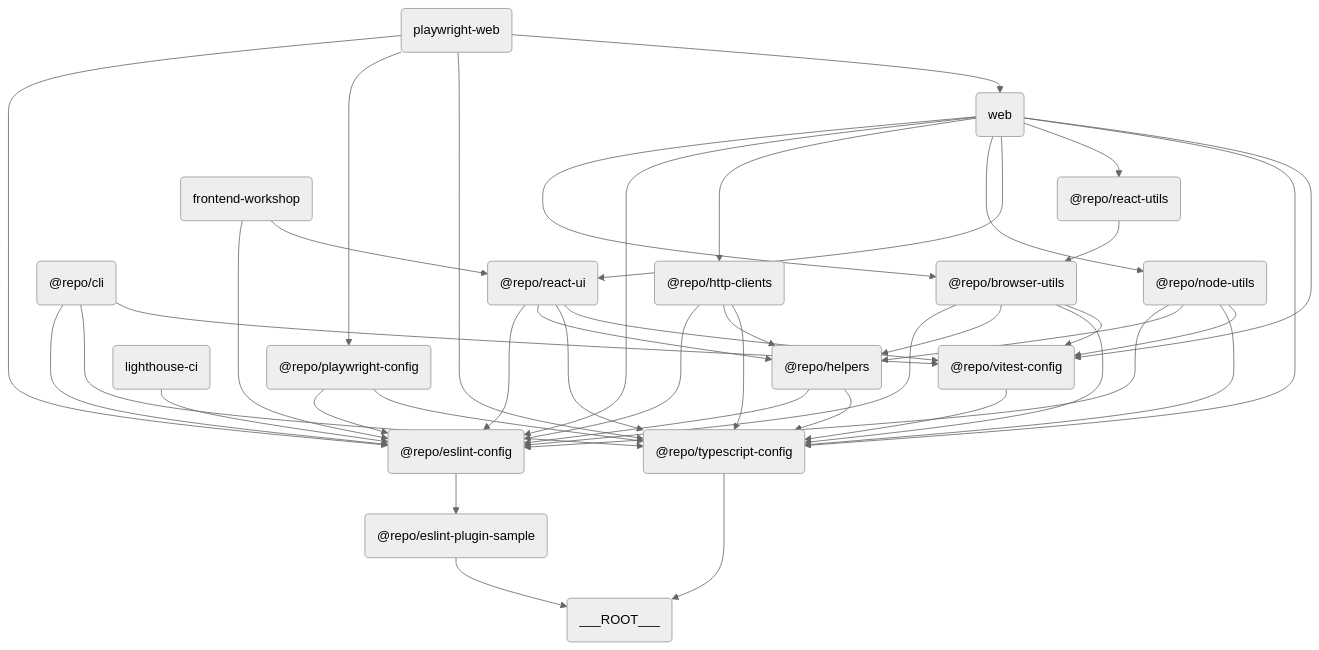
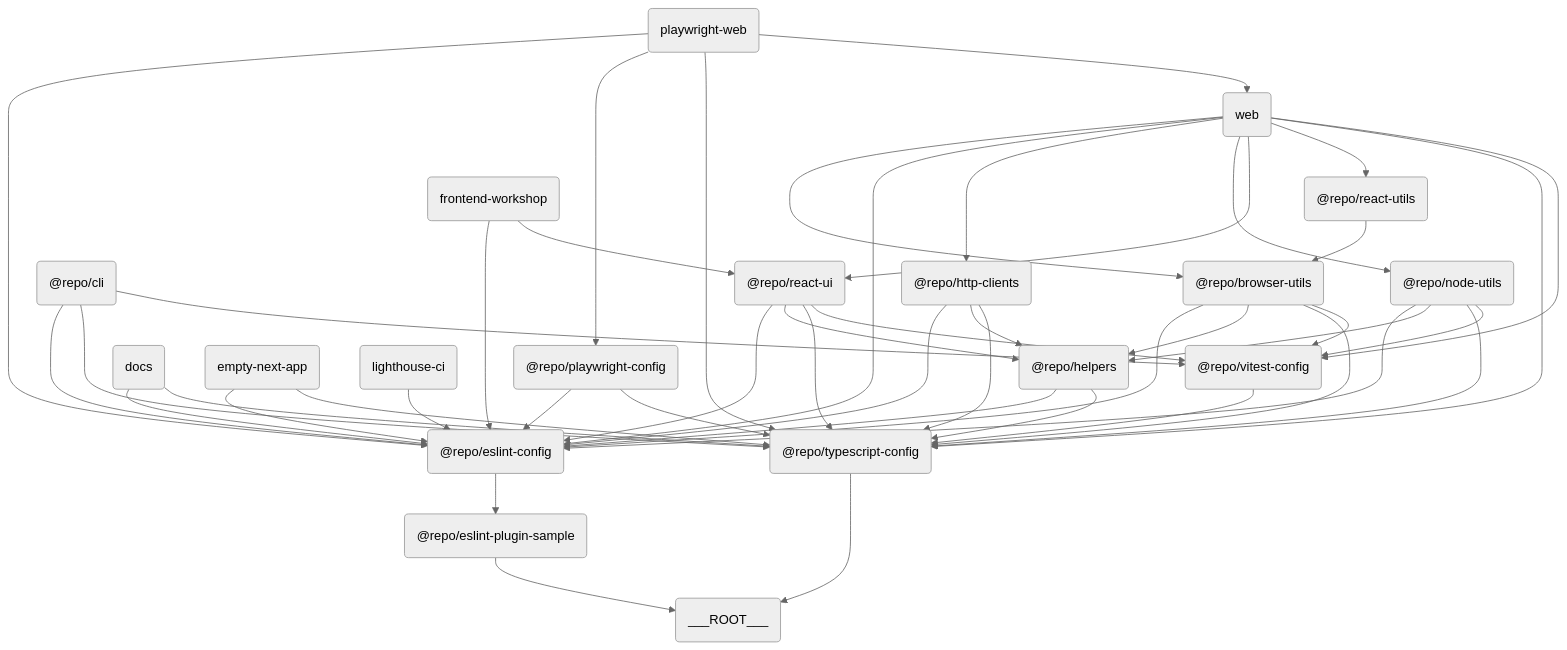
Before and after one commit to iamhoonse-dev/turborepo-template: the diagram in README.md, drawn with Mermaid (neutral theme). The commit also changed other lines of this file, not shown here.

Commit message:
docs(readme): 프로젝트 루트 README 에 신규 추가된 docs 앱에 관한 내용 추가

````diff
--- a/README.md
+++ b/README.md
@@ -14,45 +14,49 @@
 ```mermaid
 graph TD
     QHZT("@repo/browser-utils") --> ETTT("@repo/eslint-config")
     QHZT("@repo/browser-utils") --> JEGP("@repo/helpers")
     QHZT("@repo/browser-utils") --> EMLE("@repo/typescript-config")
     QHZT("@repo/browser-utils") --> LRHC("@repo/vitest-config")
     GLAO("@repo/cli") --> ETTT("@repo/eslint-config")
     GLAO("@repo/cli") --> EMLE("@repo/typescript-config")
     GLAO("@repo/cli") --> LRHC("@repo/vitest-config")
     ETTT("@repo/eslint-config") --> VELR("@repo/eslint-plugin-sample")
     VELR("@repo/eslint-plugin-sample") --> TXWC("___ROOT___")
     JEGP("@repo/helpers") --> ETTT("@repo/eslint-config")
     JEGP("@repo/helpers") --> EMLE("@repo/typescript-config")
     WCIN("@repo/http-clients") --> ETTT("@repo/eslint-config")
     WCIN("@repo/http-clients") --> JEGP("@repo/helpers")
     WCIN("@repo/http-clients") --> EMLE("@repo/typescript-config")
     TPBW("@repo/node-utils") --> ETTT("@repo/eslint-config")
     TPBW("@repo/node-utils") --> JEGP("@repo/helpers")
     TPBW("@repo/node-utils") --> EMLE("@repo/typescript-config")
     TPBW("@repo/node-utils") --> LRHC("@repo/vitest-config")
     BHWE("@repo/playwright-config") --> ETTT("@repo/eslint-config")
     BHWE("@repo/playwright-config") --> EMLE("@repo/typescript-config")
     MKNG("@repo/react-ui") --> ETTT("@repo/eslint-config")
     MKNG("@repo/react-ui") --> JEGP("@repo/helpers")
     MKNG("@repo/react-ui") --> EMLE("@repo/typescript-config")
     MKNG("@repo/react-ui") --> LRHC("@repo/vitest-config")
     IRKD("@repo/react-utils") --> QHZT("@repo/browser-utils")
     EMLE("@repo/typescript-config") --> TXWC("___ROOT___")
     LRHC("@repo/vitest-config") --> EMLE("@repo/typescript-config")
-    UWBQ("frontend-workshop") --> ETTT("@repo/eslint-config")
-    UWBQ("frontend-workshop") --> MKNG("@repo/react-ui")
-    FBWM("lighthouse-ci") --> ETTT("@repo/eslint-config")
-    NRTE("playwright-web") --> ETTT("@repo/eslint-config")
-    NRTE("playwright-web") --> BHWE("@repo/playwright-config")
-    NRTE("playwright-web") --> EMLE("@repo/typescript-config")
-    NRTE("playwright-web") --> GVMR("web")
-    GVMR("web") --> QHZT("@repo/browser-utils")
-    GVMR("web") --> ETTT("@repo/eslint-config")
-    GVMR("web") --> WCIN("@repo/http-clients")
-    GVMR("web") --> TPBW("@repo/node-utils")
-    GVMR("web") --> MKNG("@repo/react-ui")
-    GVMR("web") --> IRKD("@repo/react-utils")
-    GVMR("web") --> EMLE("@repo/typescript-config")
-    GVMR("web") --> LRHC("@repo/vitest-config")
+    UWBQ("docs") --> ETTT("@repo/eslint-config")
+    UWBQ("docs") --> EMLE("@repo/typescript-config")
+    FBWM("empty-next-app") --> ETTT("@repo/eslint-config")
+    FBWM("empty-next-app") --> EMLE("@repo/typescript-config")
+    NRTE("frontend-workshop") --> ETTT("@repo/eslint-config")
+    NRTE("frontend-workshop") --> MKNG("@repo/react-ui")
+    GVMR("lighthouse-ci") --> ETTT("@repo/eslint-config")
+    ITTZ("playwright-web") --> ETTT("@repo/eslint-config")
+    ITTZ("playwright-web") --> BHWE("@repo/playwright-config")
+    ITTZ("playwright-web") --> EMLE("@repo/typescript-config")
+    ITTZ("playwright-web") --> VXGS("web")
+    VXGS("web") --> QHZT("@repo/browser-utils")
+    VXGS("web") --> ETTT("@repo/eslint-config")
+    VXGS("web") --> WCIN("@repo/http-clients")
+    VXGS("web") --> TPBW("@repo/node-utils")
+    VXGS("web") --> MKNG("@repo/react-ui")
+    VXGS("web") --> IRKD("@repo/react-utils")
+    VXGS("web") --> EMLE("@repo/typescript-config")
+    VXGS("web") --> LRHC("@repo/vitest-config")
 ```
````
